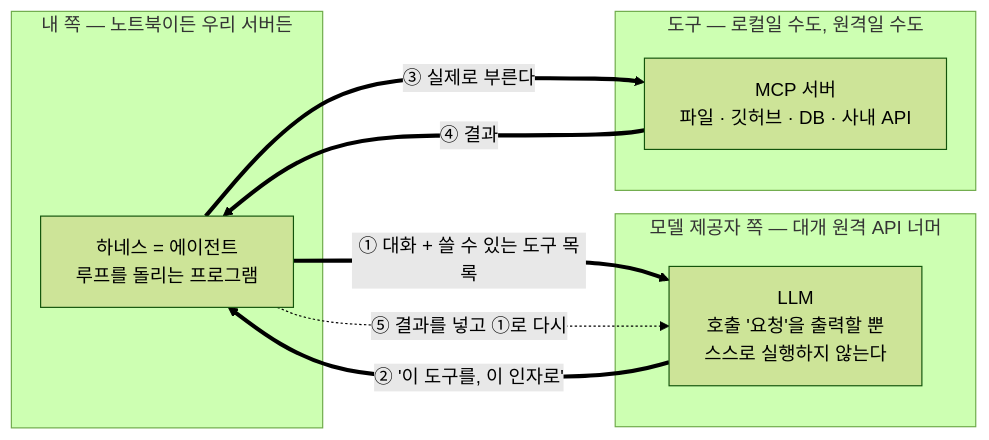
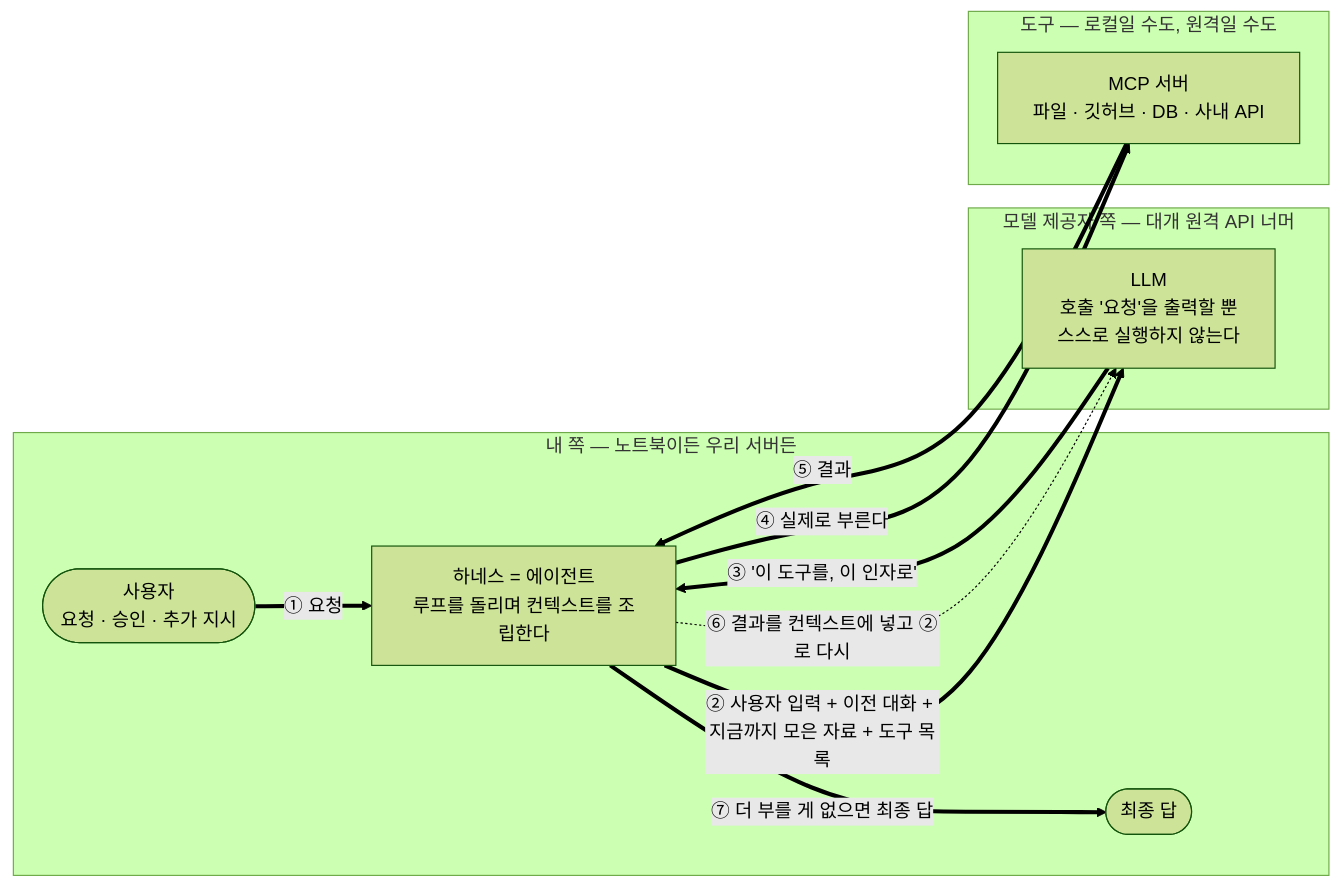
The second of 3 diagrams in content/posts/2026-06-28-llm-agents.md (daehyoung/blog), drawn with Mermaid (forest theme) before and after one commit. The commit also changed other lines of this file, not shown here.

Commit message:
§7.1 다이어그램에 사용자·최종 답 복원 — 3구역으로 다시 그리며 빠뜨렸다
경계 상자 셋으로 재작성할 때 원래 있던 `사용자 요청`·`최종 답` 노드를
둘 다 떨어뜨려서, 시작도 끝도 없는 그림이 돼 있었다. 되살리되 위치를
'내 쪽' 상자 안으로 잡았다 — 이게 그냥 복원이 아니라 주장이다.

사용자는 모델과 직접 말하지 않는다. 요청은 늘 하네스를 거치고,
하네스가 그것을 이전 대화·지금까지 모은 자료와 함께 묶어서 보낸다.
따라서 모델에게 실제로 무엇이 전달되는지는 모델 제공자가 아니라
하네스가 정한다 — 같은 모델을 쓰는 두 도구의 결과가 갈리는 지점.
주석에 이 문단을 덧붙였다.

②번 엣지 라벨도 "대화 + 도구 목록"에서 "사용자 입력 + 이전 대화 +
지금까지 모은 자료 + 도구 목록"으로 넓혔다. 루프가 매 턴 하는 일이
추론이 아니라 컨텍스트 조립이라는 걸 라벨에서 바로 보이게 한 것.
모델은 상태가 없으니 이 조립을 턴마다 처음부터 다시 한다.

번호는 ①~⑦로 재부여(요청 → 조립 → 도구 요청 → 호출 → 결과 →
되먹임 → 최종 답). §7.2의 번호와는 독립이고, 본문에 이 그림의 번호를
가리키는 서술은 없어 다른 곳 수정 불필요.

Claude-Session: https://claude.ai/code/session_01EevRh8ttFY11DKdo29NvQN

````diff
--- a/content/posts/2026-06-28-llm-agents.md
+++ b/content/posts/2026-06-28-llm-agents.md
@@ -410,17 +410,21 @@
 ```mermaid
 flowchart LR
     subgraph MINE ["내 쪽 — 노트북이든 우리 서버든"]
-        H["하네스 = 에이전트<br/>루프를 돌리는 프로그램"]
+        U(["사용자<br/>요청 · 승인 · 추가 지시"])
+        H["하네스 = 에이전트<br/>루프를 돌리며 컨텍스트를 조립한다"]
+        O(["최종 답"])
     end
     subgraph REMOTE ["모델 제공자 쪽 — 대개 원격 API 너머"]
         L["LLM<br/>호출 '요청'을 출력할 뿐<br/>스스로 실행하지 않는다"]
     end
     subgraph TOOLS ["도구 — 로컬일 수도, 원격일 수도"]
         S["MCP 서버<br/>파일 · 깃허브 · DB · 사내 API"]
     end
-    H == "① 대화 + 쓸 수 있는 도구 목록" ==> L
-    L == "② '이 도구를, 이 인자로'" ==> H
-    H == "③ 실제로 부른다" ==> S
-    S == "④ 결과" ==> H
-    H -. "⑤ 결과를 넣고 ①로 다시" .-> L
+    U == "① 요청" ==> H
+    H == "② 사용자 입력 + 이전 대화 + 지금까지 모은 자료 + 도구 목록" ==> L
+    L == "③ '이 도구를, 이 인자로'" ==> H
+    H == "④ 실제로 부른다" ==> S
+    S == "⑤ 결과" ==> H
+    H -. "⑥ 결과를 컨텍스트에 넣고 ②로 다시" .-> L
+    H == "⑦ 더 부를 게 없으면 최종 답" ==> O
 ```
````
